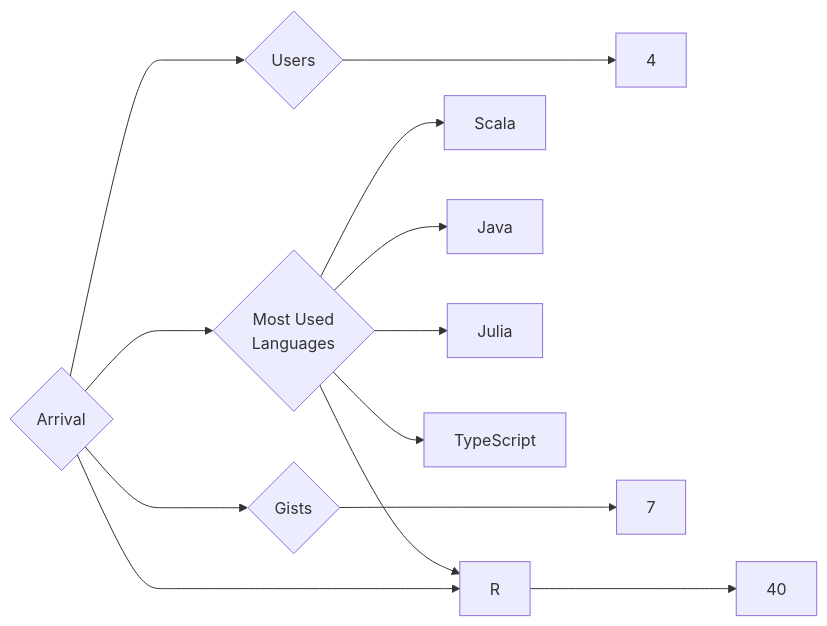
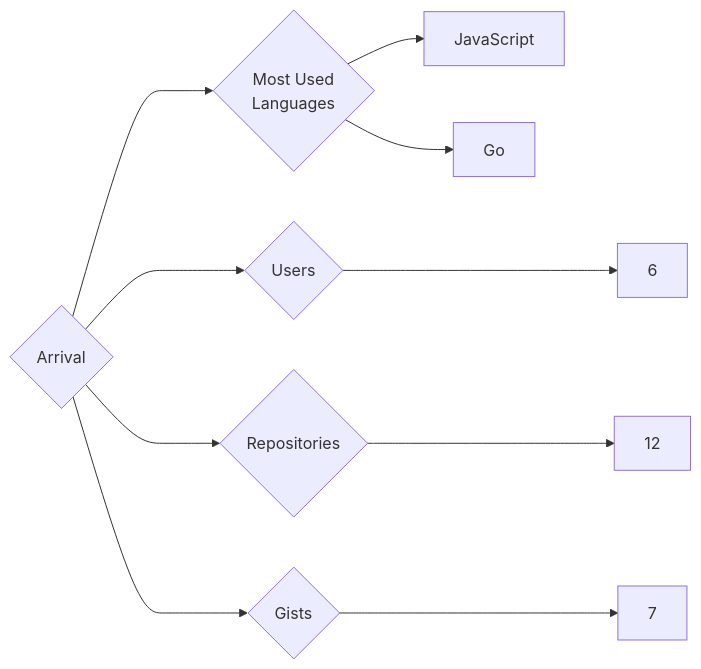
One commit to trickest/insiders changed the diagram in targets/Arrival/README.md. Above: the diagram before and after it, drawn with Mermaid. The commit also changed 928 other files, not shown here.

````diff
--- a/targets/Arrival/README.md
+++ b/targets/Arrival/README.md
@@ -3,13 +3,10 @@
 ```mermaid
 graph LR
 COMPANY_NAME{Arrival}
-COMPANY_NAME ---> U{Users} ---> UN[4]
-COMPANY_NAME ---> R{Repositories} ---> RN[40]
+COMPANY_NAME ---> U{Users} ---> UN[6]
+COMPANY_NAME ---> R{Repositories} ---> RN[12]
 COMPANY_NAME ---> G{Gists} ---> GN[7]
 COMPANY_NAME ---> ML{Most Used<br>Languages}
-ML --> Scala[Scala]
-ML --> Java[Java]
-ML --> R[R]
-ML --> Julia[Julia]
-ML --> TypeScript[TypeScript]
+ML --> JavaScript[JavaScript]
+ML --> Go[Go]
 ```
````
